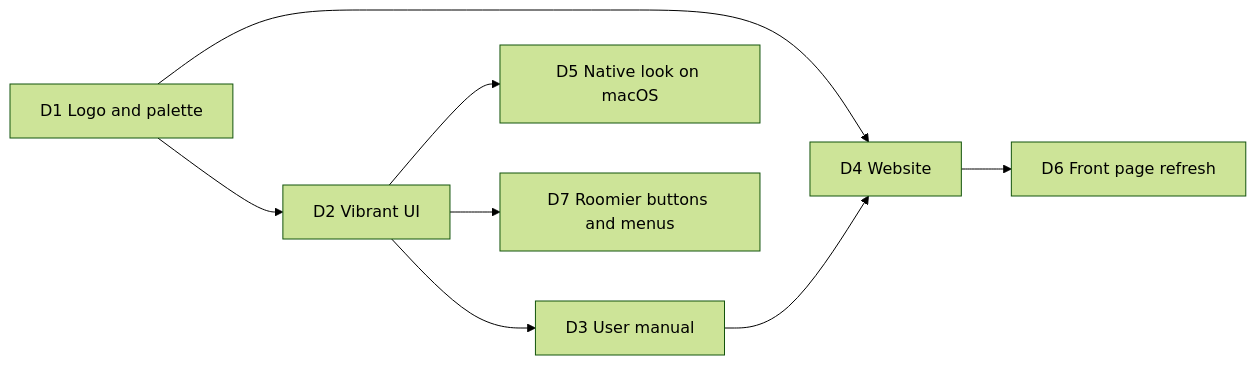
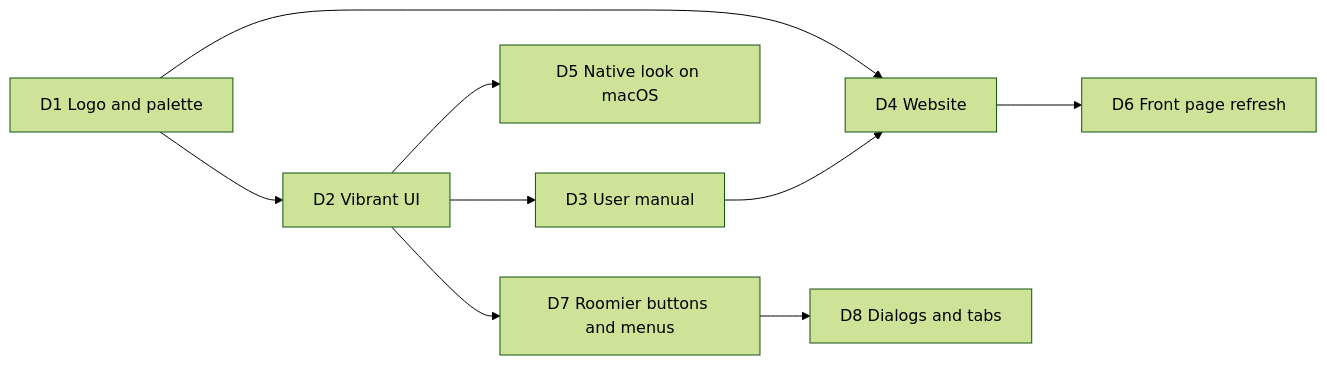
Before and after one commit to navasvarela/dbrover: the diagram in docs/roadmap.md, drawn with Mermaid (forest theme). The commit also changed other lines of this file and 1 other file, not shown here.

First line of the commit message:
docs(dialogs): plan one style for dialogs and tabs for what stays open (D8a) (#411)

````diff
--- a/docs/roadmap.md
+++ b/docs/roadmap.md
@@ -1802,10 +1802,11 @@
 ```mermaid
 flowchart LR
     D1[D1 Logo and palette] --> D2[D2 Vibrant UI]
     D1 --> D4[D4 Website]
     D2 --> D3[D3 User manual]
     D3 --> D4
     D2 --> D5[D5 Native look on macOS]
     D4 --> D6[D6 Front page refresh]
     D2 --> D7[D7 Roomier buttons and menus]
+    D7 --> D8[D8 Dialogs and tabs]
 ```
````
